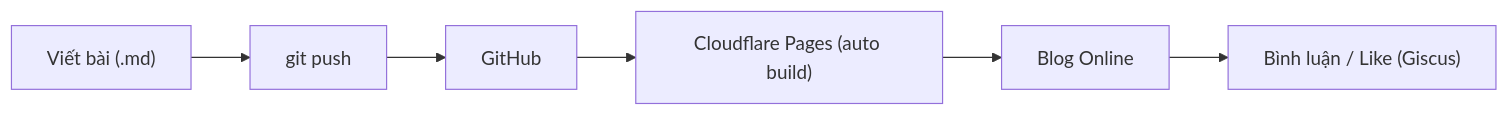
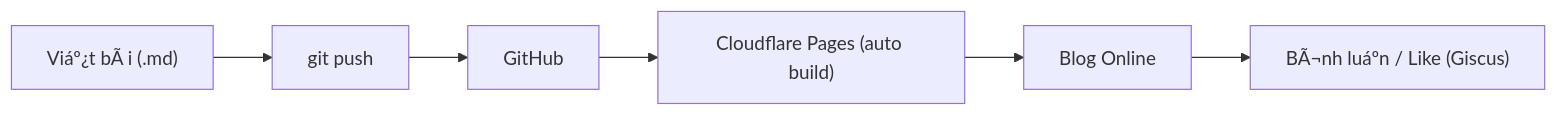
One commit to vinh-gogo/glory-hinody changed the diagram in content/posts/bai-viet-dau-tien.md. Above: the diagram before and after it, drawn with Mermaid. The commit also changed other lines of this file and 13 other files, not shown here.

````diff
--- a/content/posts/bai-viet-dau-tien.md
+++ b/content/posts/bai-viet-dau-tien.md
@@ -31,8 +31,8 @@
 ```mermaid
 flowchart LR
-    A["Viết bài (.md)"] --> B["git push"]
+    A["Viáº¿t bÃ i (.md)"] --> B["git push"]
     B --> C["GitHub"]
     C --> D["Cloudflare Pages (auto build)"]
     D --> E["Blog Online"]
-    E --> F["Bình luận / Like (Giscus)"]
+    E --> F["BÃ¬nh luáº­n / Like (Giscus)"]
 ```
````
